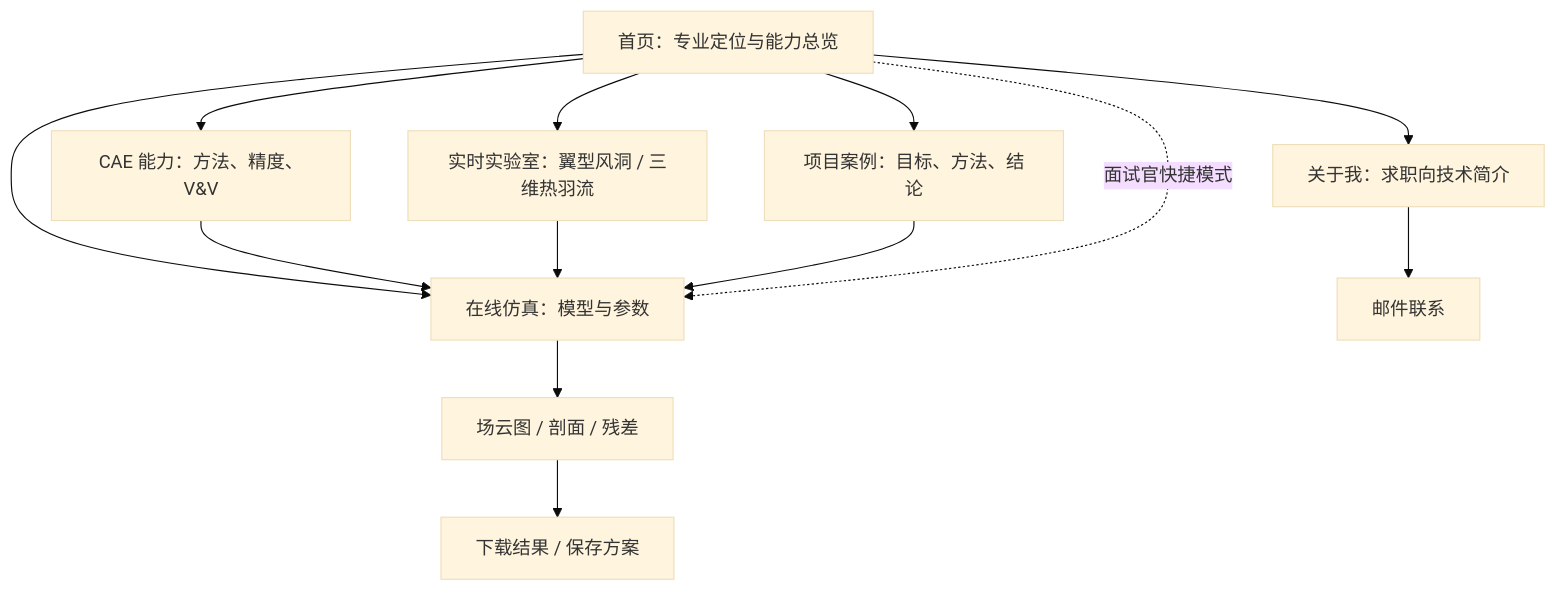
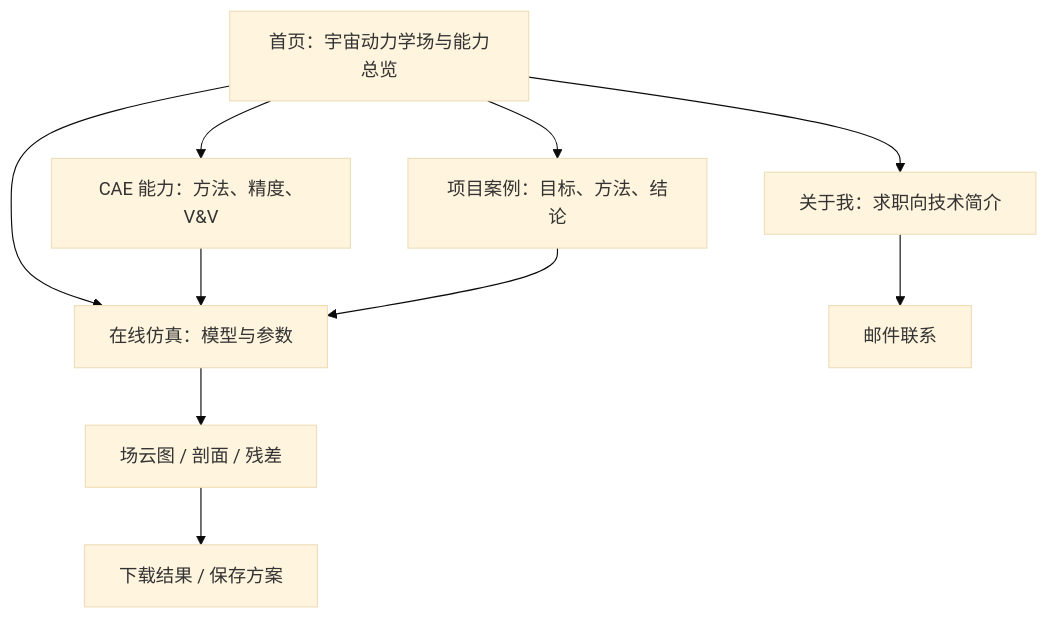
One commit to PhyTwin/PhyTwin changed the first of 2 diagrams in ARCHITECTURE.md. Above: the diagram before and after it, drawn with Mermaid (base theme). The commit also changed other lines of this file and 20 other files, not shown here.

````diff
--- a/ARCHITECTURE.md
+++ b/ARCHITECTURE.md
@@ -16,15 +16,12 @@
 ```mermaid
 flowchart TD
-  H[首页：专业定位与能力总览] --> C[CAE 能力：方法、精度、V&V]
-  H --> L[实时实验室：翼型风洞 / 三维热羽流]
+  H[首页：宇宙动力学场与能力总览] --> C[CAE 能力：方法、精度、V&V]
   H --> S[在线仿真：模型与参数]
   H --> P[项目案例：目标、方法、结论]
   H --> A[关于我：求职向技术简介]
   C --> S
-  L --> S
   P --> S
   S --> V[场云图 / 剖面 / 残差]
   V --> D[下载结果 / 保存方案]
   A --> M[邮件联系]
-  H -. 面试官快捷模式 .-> S
 ```
````
